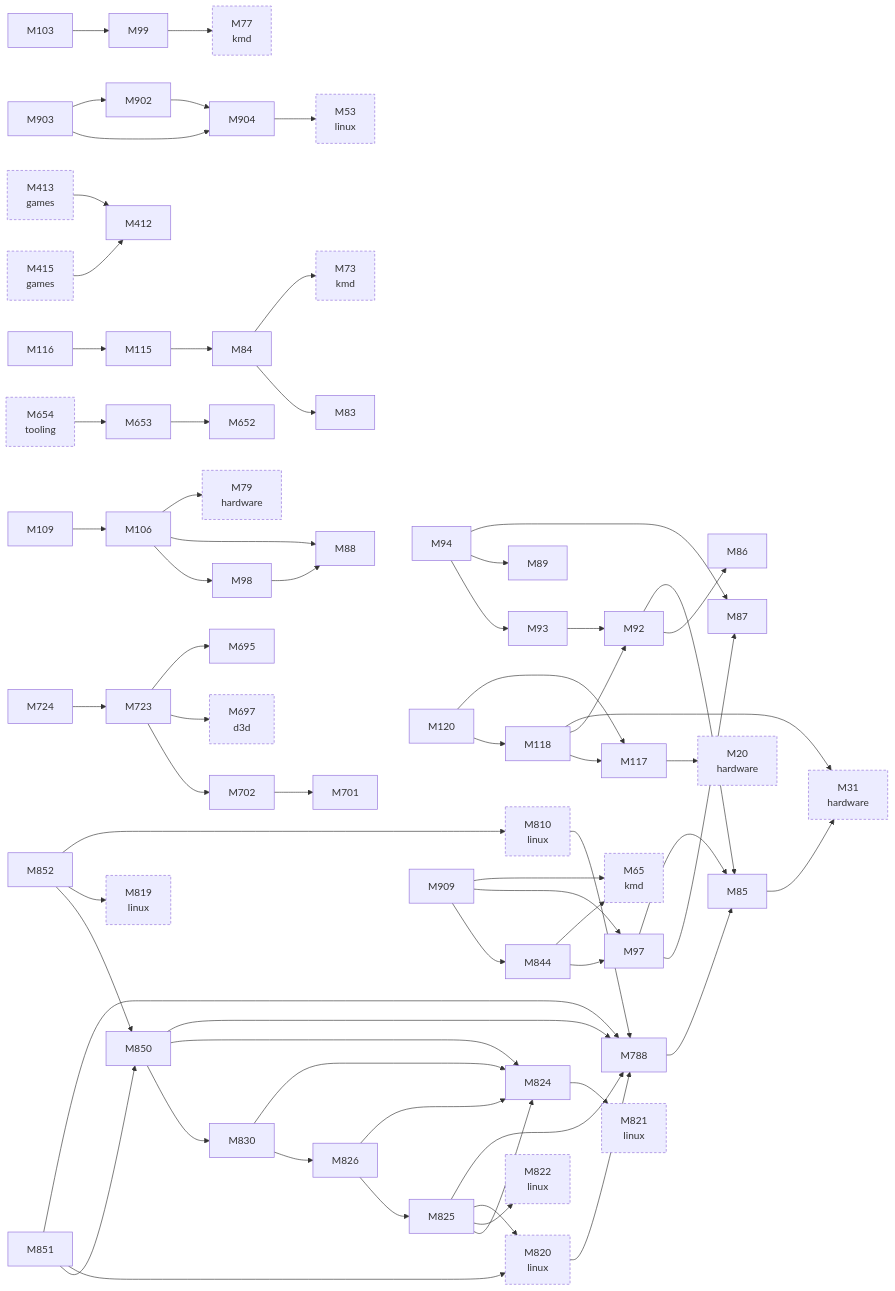
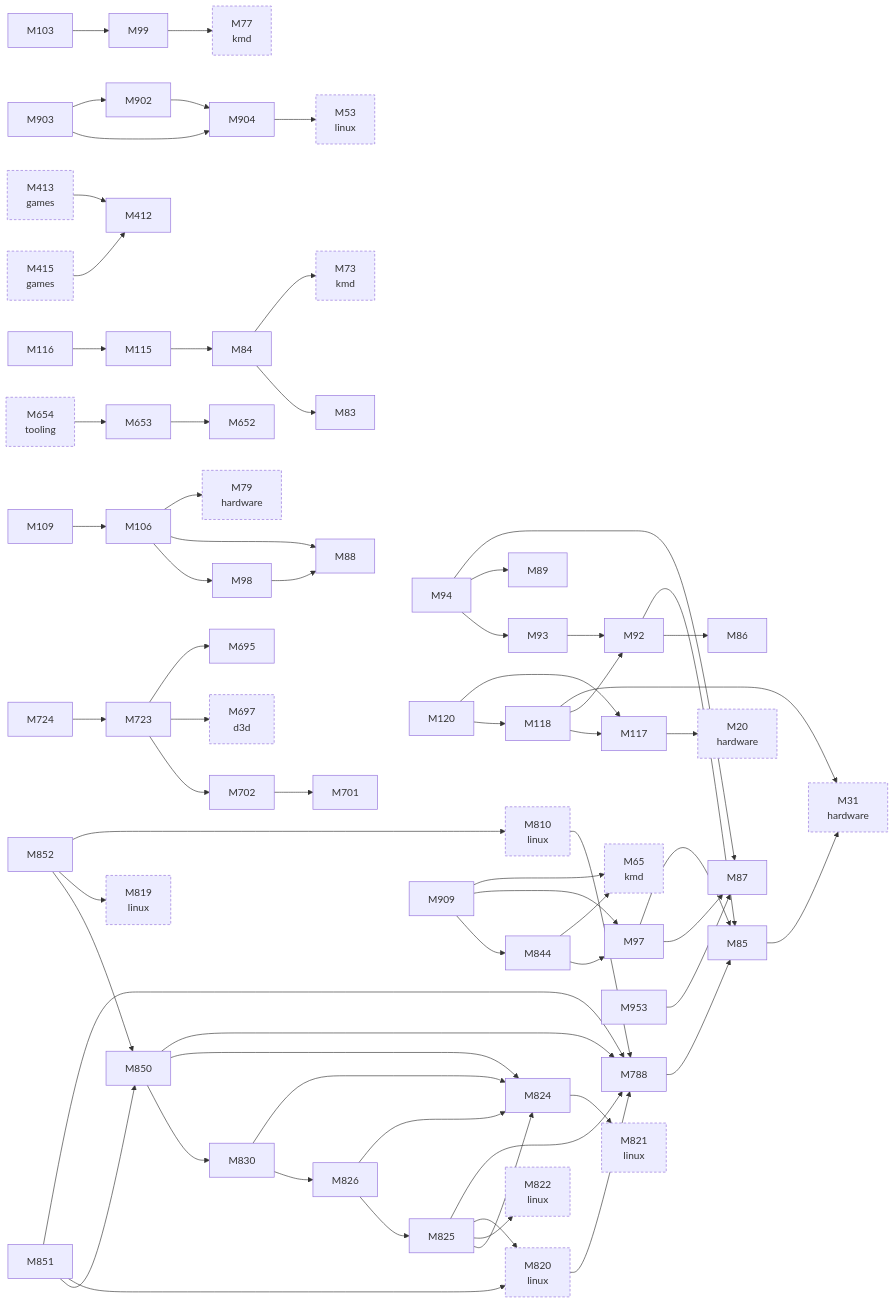
The second of 3 diagrams in docs/facts/graphs/display.md (D-Ogi/amdgpu-wddm), drawn with Mermaid before and after one commit. The commit also changed other lines of this file and 11 other files, not shown here.

```diff
--- a/docs/facts/graphs/display.md
+++ b/docs/facts/graphs/display.md
@@ -94,6 +99,7 @@
   M903["M903"]
   M904["M904"]
   M909["M909"]
+  M953["M953"]
   M84 --> M73
   M84 --> M83
   M85 --> M31
@@ -154,6 +160,7 @@
   M909 --> M65
   M909 --> M97
   M909 --> M844
+  M953 --> M87
   M413 --> M412
   M415 --> M412
   M810 --> M788
```
